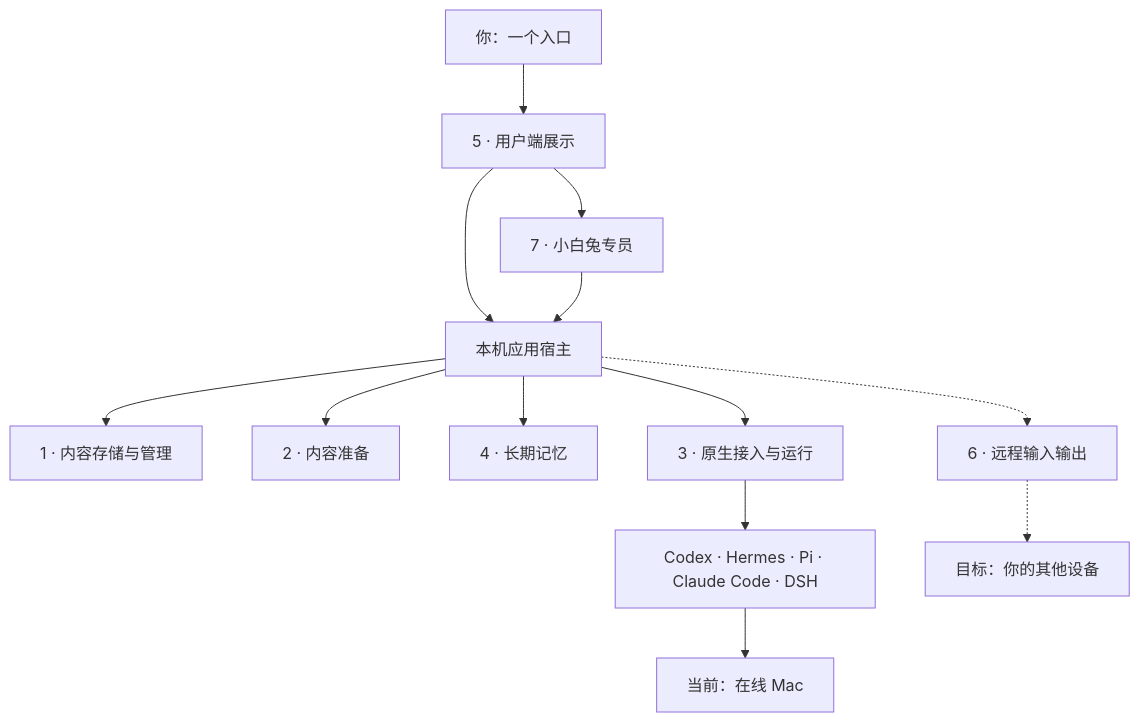
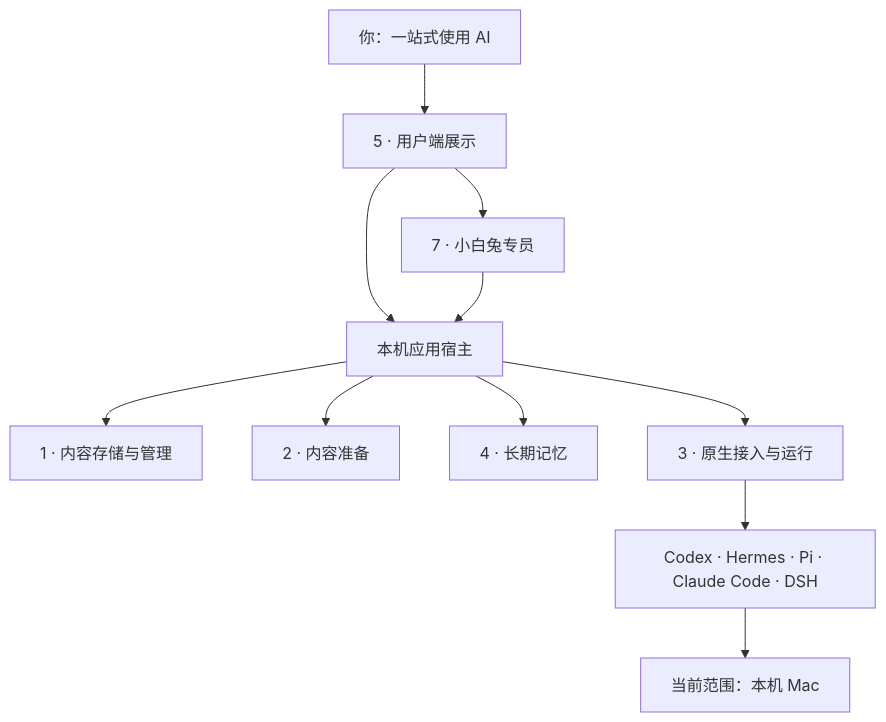
The diagram in README.zh-CN.md (icecinz/white-rabbit), drawn with Mermaid before and after one commit. The commit also changed other lines of this file and 62 other files, not shown here.

````diff
--- a/README.zh-CN.md
+++ b/README.zh-CN.md
@@ -44,15 +52,13 @@
 ```mermaid
 flowchart TD
-    YOU["你：一个入口"] --> UI["5 · 用户端展示"]
+    YOU["你：一站式使用 AI"] --> UI["5 · 用户端展示"]
     UI --> HOST["本机应用宿主"]
     UI --> SPECIALIST["7 · 小白兔专员"]
     SPECIALIST --> HOST
     HOST --> CONTENT["1 · 内容存储与管理"]
     HOST --> PREP["2 · 内容准备"]
     HOST --> MEMORY["4 · 长期记忆"]
     HOST --> RUNTIME["3 · 原生接入与运行"]
     RUNTIME --> AGENTS["Codex · Hermes · Pi · Claude Code · DSH"]
-    AGENTS --> MAC["当前：在线 Mac"]
-    HOST -.-> REMOTE["6 · 远程输入输出"]
-    REMOTE -.-> DEVICES["目标：你的其他设备"]
+    AGENTS --> MAC["当前范围：本机 Mac"]
 ```
````
